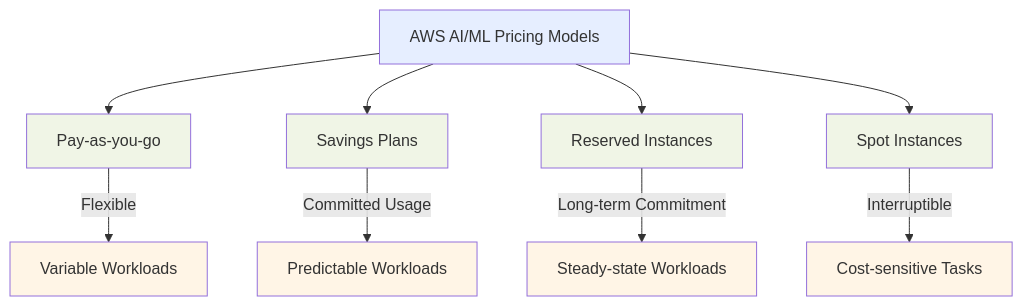
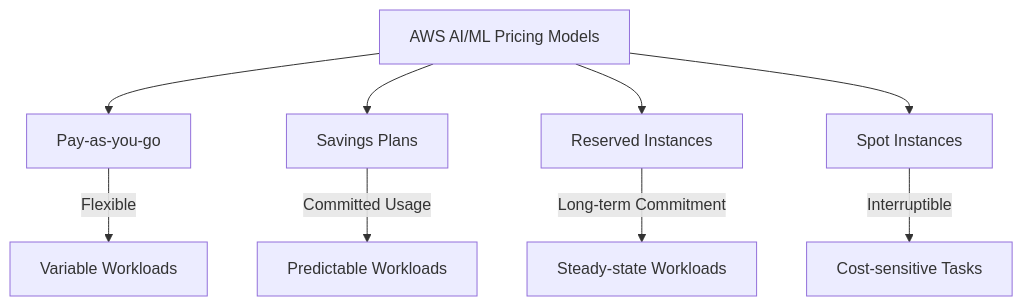
One commit to CloudCityPress/aws-aif-c01 changed the second of 5 diagrams in english/60_20_AWS Pricing and Cost Optimization for AI.md. Above: the diagram before and after it, drawn with Mermaid. The commit also changed other lines of this file and 16 other files, not shown here.

Commit message:
updating Mermaids

````diff
--- a/english/60_20_AWS Pricing and Cost Optimization for AI.md
+++ b/english/60_20_AWS Pricing and Cost Optimization for AI.md
@@ -64,20 +59,12 @@
 ```mermaid
 flowchart TD
     A[AWS AI/ML Pricing Models] --> B[Pay-as-you-go]
     A --> C[Savings Plans]
     A --> D[Reserved Instances]
     A --> E[Spot Instances]
     B -->|Flexible| F[Variable Workloads]
     C -->|Committed Usage| G[Predictable Workloads]
     D -->|Long-term Commitment| H[Steady-state Workloads]
     E -->|Interruptible| I[Cost-sensitive Tasks]
-    style A fill:#e6eeff
-    style B fill:#f0f5e6
-    style C fill:#f0f5e6
-    style D fill:#f0f5e6
-    style E fill:#f0f5e6
-    style F fill:#fff5e6
-    style G fill:#fff5e6
-    style H fill:#fff5e6
-    style I fill:#fff5e6
+
 ```
````
